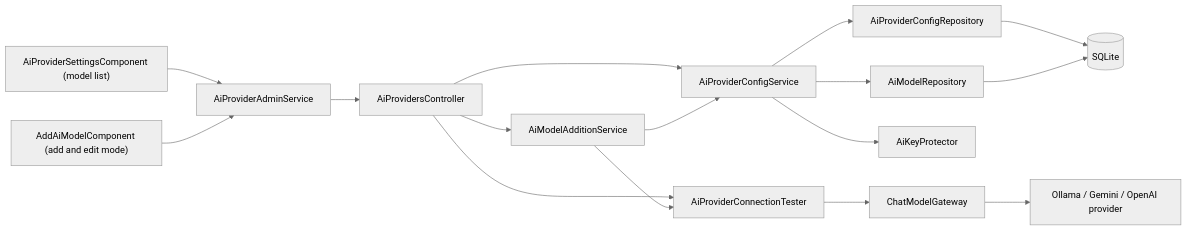
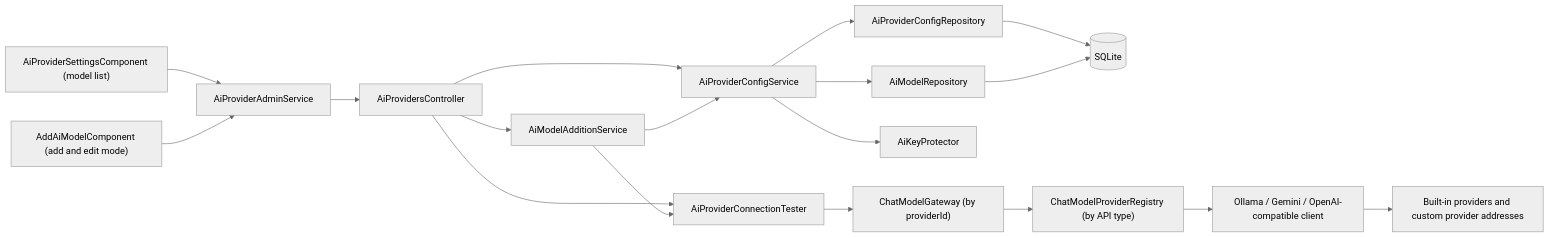
One commit to jojogeorge3344/TaskFlow-Project changed the first of 5 diagrams in TF - Documents/TFTechnicalWorkflow/Tech WF in MD/08-Settings/08.4-TFA-Settings.md. Above: the diagram before and after it, drawn with Mermaid (neutral theme). The commit also changed other lines of this file and 8 other files, not shown here.

First line of the commit message:
docs(tfa): document custom AI providers in the TFA Settings and Assistant docs

````diff
--- a/TF - Documents/TFTechnicalWorkflow/Tech WF in MD/08-Settings/08.4-TFA-Settings.md
+++ b/TF - Documents/TFTechnicalWorkflow/Tech WF in MD/08-Settings/08.4-TFA-Settings.md
@@ -16,17 +16,19 @@
 ```mermaid
 flowchart LR
   UI["AiProviderSettingsComponent (model list)"] --> FS["AiProviderAdminService"]
   ADD["AddAiModelComponent (add and edit mode)"] --> FS
   FS --> CTRL["AiProvidersController"]
   CTRL --> CS["AiProviderConfigService"]
   CTRL --> CT["AiProviderConnectionTester"]
   CTRL --> MA["AiModelAdditionService"]
   MA --> CS
   MA --> CT
   CS --> CR["AiProviderConfigRepository"]
   CS --> MR["AiModelRepository"]
   CS --> KP["AiKeyProtector"]
   CR --> DB[("SQLite")]
   MR --> DB
-  CT --> GW["ChatModelGateway"] --> PC["Ollama / Gemini / OpenAI provider"]
+  CT --> GW["ChatModelGateway (by providerId)"] --> REG["ChatModelProviderRegistry (by API type)"]
+  REG --> PC["Ollama / Gemini / OpenAI-compatible client"]
+  PC --> EXT["Built-in providers and custom provider addresses"]
 ```
````
